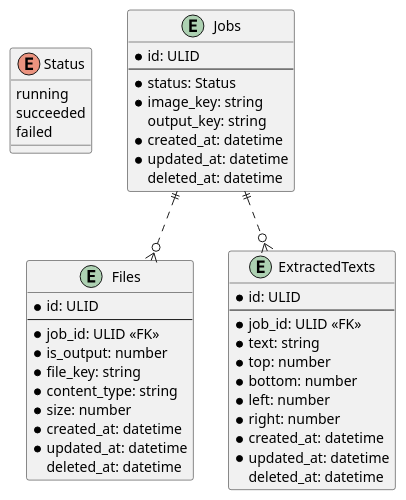
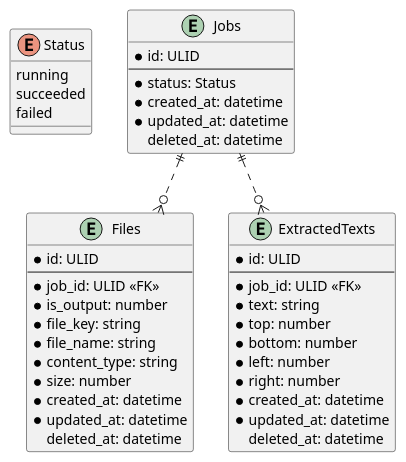
The diagram in backend/docs/db/tables.puml (ijufumi/google-vision-sample), drawn with PlantUML before and after one commit. The commit also changed 4 other files, not shown here.

```diff
--- a/backend/docs/db/tables.puml
+++ b/backend/docs/db/tables.puml
@@ -1,50 +1,49 @@
 @startuml
 
 enum Status {
   running
   succeeded
   failed
 }
 
 entity Jobs {
   * id: ULID
   --
   * status: Status
-  * image_key: string
-    output_key: string
   * created_at: datetime
   * updated_at: datetime
     deleted_at: datetime
 }
 
 entity Files {
   * id: ULID
   --
   * job_id: ULID <<FK>>
   * is_output: number
   * file_key: string
+  * file_name: string
   * content_type: string
   * size: number
   * created_at: datetime
   * updated_at: datetime
     deleted_at: datetime
 }
 
 entity ExtractedTexts {
   * id: ULID
   --
   * job_id: ULID <<FK>>
   * text: string
   * top: number
   * bottom: number
   * left: number
   * right: number
   * created_at: datetime
   * updated_at: datetime
     deleted_at: datetime
 }
 
 Jobs ||..o{ ExtractedTexts
 Jobs ||..o{ Files
 
 @enduml
```
